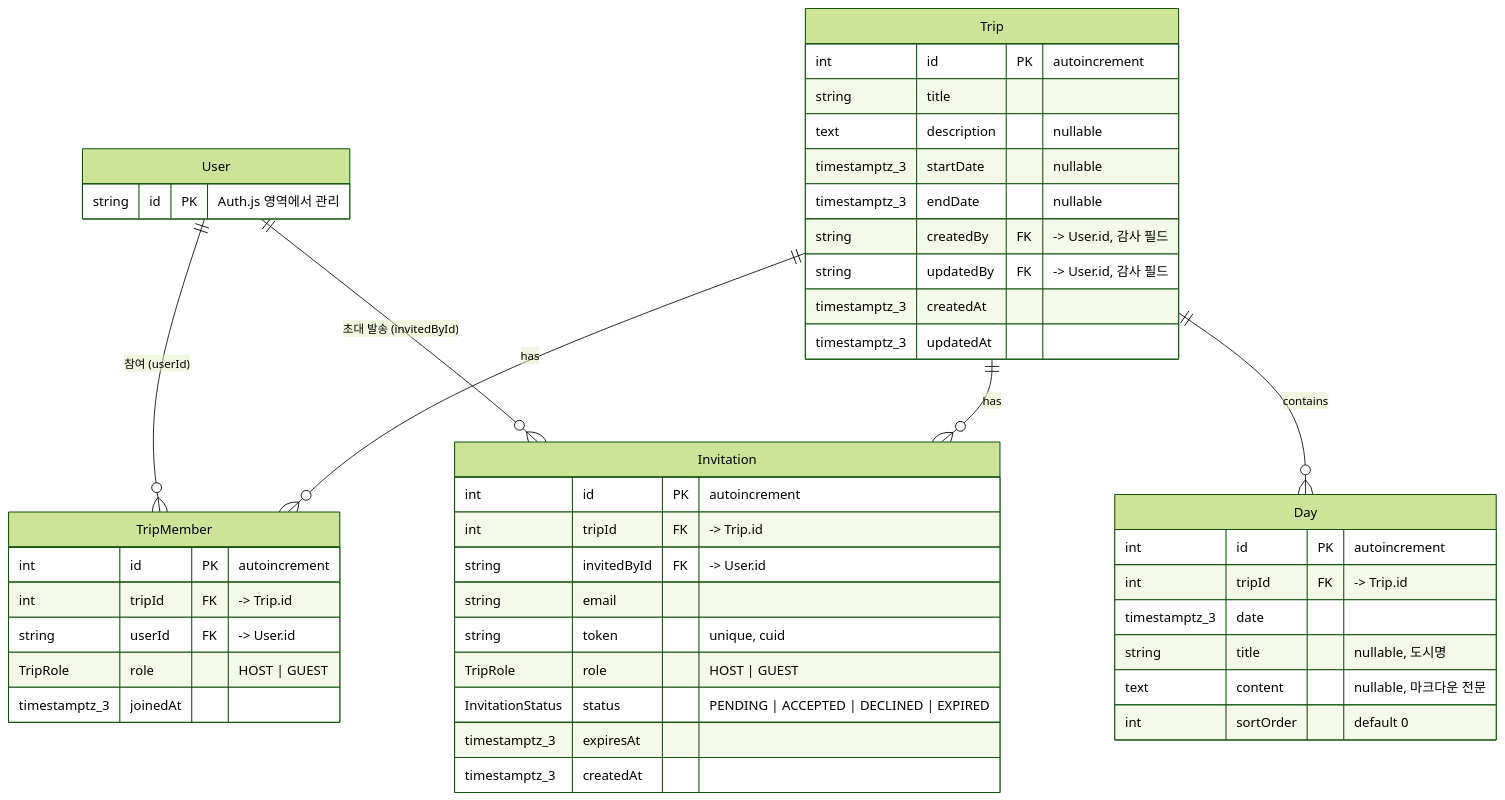
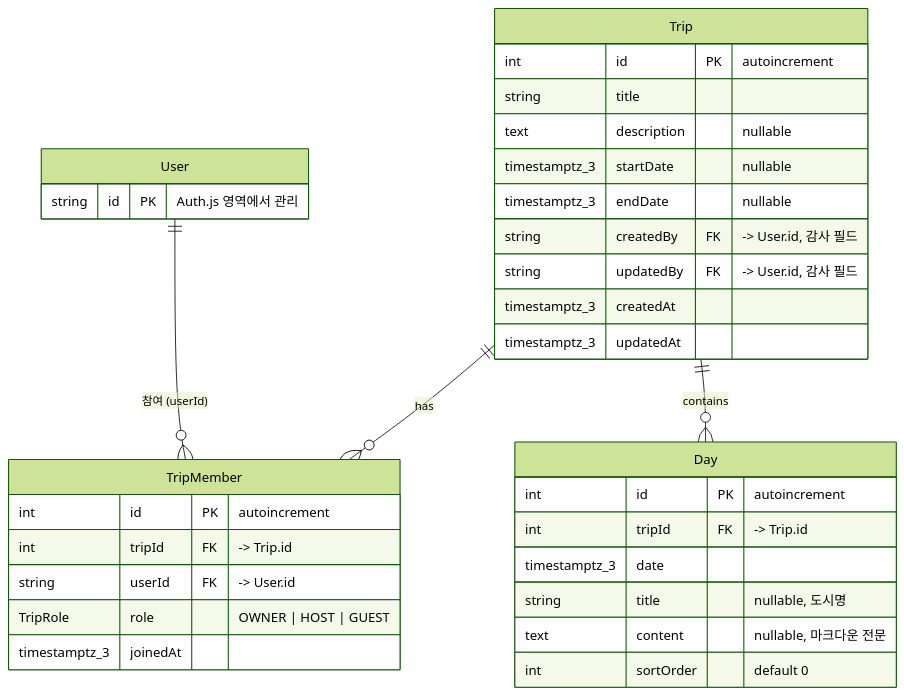
The second of 2 diagrams in specs/004-fullstack-transition/data-model.md (idean3885/trip-planner), drawn with Mermaid (forest theme) before and after one commit. The commit also changed other lines of this file and 10 other files, not shown here.

````diff
--- a/specs/004-fullstack-transition/data-model.md
+++ b/specs/004-fullstack-transition/data-model.md
@@ -57,53 +57,39 @@
 ```mermaid
 erDiagram
     User ||--o{ TripMember : "참여 (userId)"
-    User ||--o{ Invitation : "초대 발송 (invitedById)"
     Trip ||--o{ Day : "contains"
     Trip ||--o{ TripMember : "has"
-    Trip ||--o{ Invitation : "has"
 
     User {
         string id PK "Auth.js 영역에서 관리"
     }
 
     Trip {
         int id PK "autoincrement"
         string title
         text description "nullable"
         timestamptz_3 startDate "nullable"
         timestamptz_3 endDate "nullable"
         string createdBy FK "-> User.id, 감사 필드"
         string updatedBy FK "-> User.id, 감사 필드"
         timestamptz_3 createdAt
         timestamptz_3 updatedAt
     }
 
     Day {
         int id PK "autoincrement"
         int tripId FK "-> Trip.id"
         timestamptz_3 date
         string title "nullable, 도시명"
         text content "nullable, 마크다운 전문"
         int sortOrder "default 0"
     }
 
     TripMember {
         int id PK "autoincrement"
         int tripId FK "-> Trip.id"
         string userId FK "-> User.id"
-        TripRole role "HOST | GUEST"
+        TripRole role "OWNER | HOST | GUEST"
         timestamptz_3 joinedAt
     }
-
-    Invitation {
-        int id PK "autoincrement"
-        int tripId FK "-> Trip.id"
-        string invitedById FK "-> User.id"
-        string email
-        string token "unique, cuid"
-        TripRole role "HOST | GUEST"
-        InvitationStatus status "PENDING | ACCEPTED | DECLINED | EXPIRED"
-        timestamptz_3 expiresAt
-        timestamptz_3 createdAt
-    }
 ```
````
